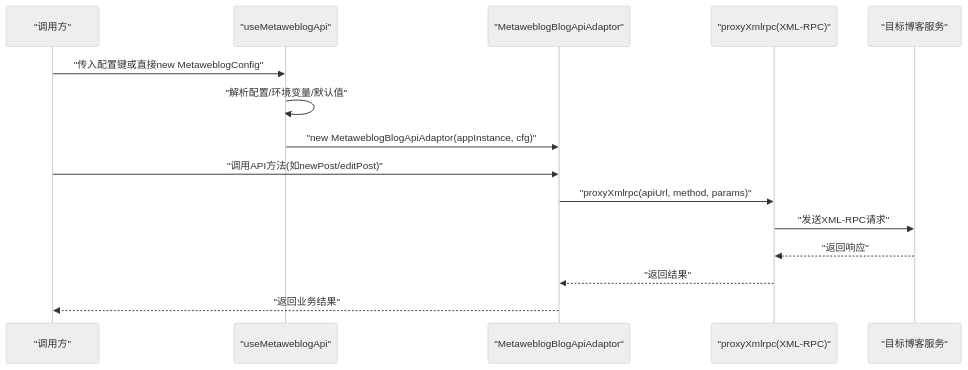
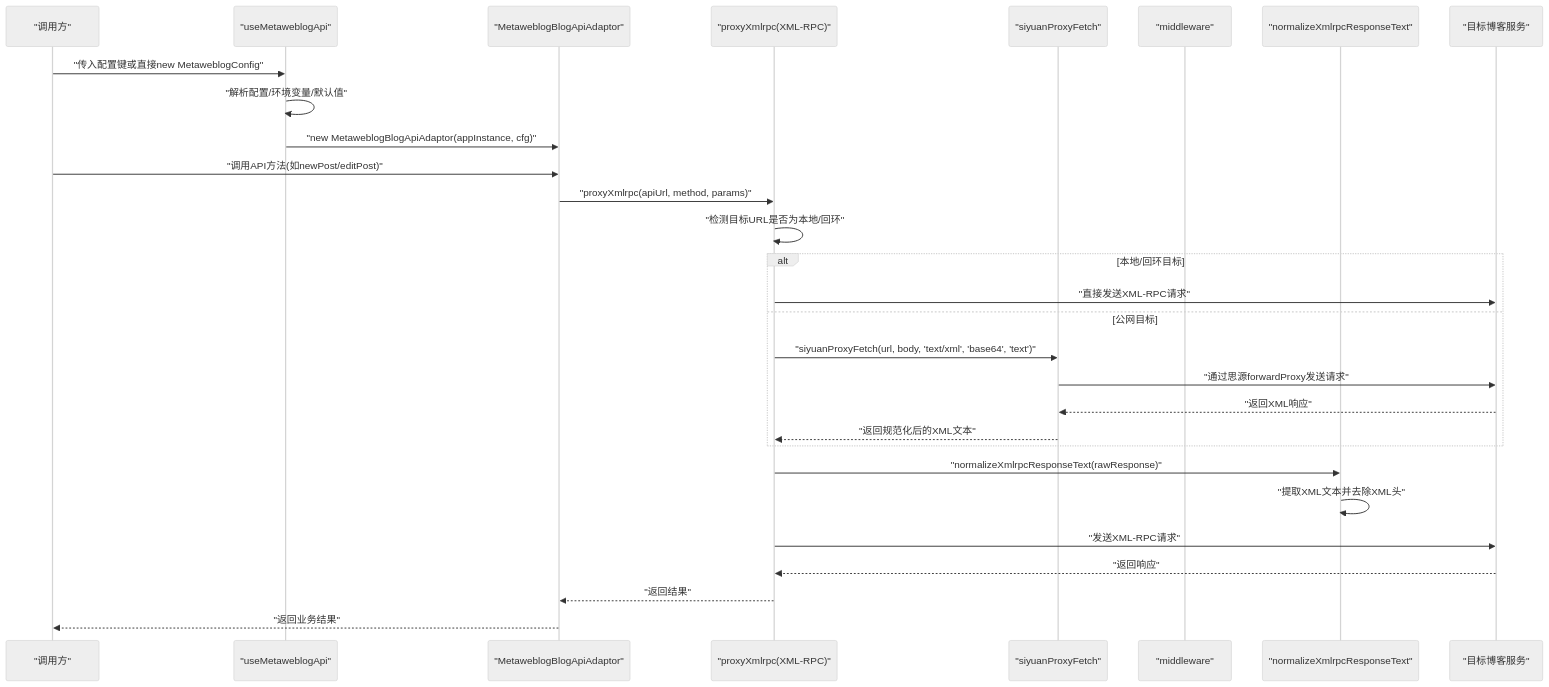
One commit to terwer/siyuan-plugin-publisher changed the second of 6 diagrams in .qoder/repowiki/zh/content/平台适配器系统/博客平台适配器/Metaweblog协议适配器.md. Above: the diagram before and after it, drawn with Mermaid (neutral theme). The commit also changed other lines of this file and 16 other files, not shown here.

First line of the commit message:
feat(metaweblog): enhance XML-RPC proxy and platform adapter system

````diff
--- a/.qoder/repowiki/zh/content/平台适配器系统/博客平台适配器/Metaweblog协议适配器.md
+++ b/.qoder/repowiki/zh/content/平台适配器系统/博客平台适配器/Metaweblog协议适配器.md
@@ -106,17 +125,31 @@
 ```mermaid
 sequenceDiagram
 participant Caller as "调用方"
 participant Hook as "useMetaweblogApi"
 participant Adapter as "MetaweblogBlogApiAdaptor"
 participant Proxy as "proxyXmlrpc(XML-RPC)"
+participant SiyuanProxy as "siyuanProxyFetch"
+participant Middleware as "middleware"
+participant XmlrpcUtil as "normalizeXmlrpcResponseText"
 participant Blog as "目标博客服务"
 Caller->>Hook : "传入配置键或直接new MetaweblogConfig"
 Hook->>Hook : "解析配置/环境变量/默认值"
 Hook->>Adapter : "new MetaweblogBlogApiAdaptor(appInstance, cfg)"
 Caller->>Adapter : "调用API方法(如newPost/editPost)"
 Adapter->>Proxy : "proxyXmlrpc(apiUrl, method, params)"
+Proxy->>Proxy : "检测目标URL是否为本地/回环"
+alt 本地/回环目标
+Proxy->>Blog : "直接发送XML-RPC请求"
+else 公网目标
+Proxy->>SiyuanProxy : "siyuanProxyFetch(url, body, 'text/xml', 'base64', 'text')"
+SiyuanProxy->>Blog : "通过思源forwardProxy发送请求"
+Blog-->>SiyuanProxy : "返回XML响应"
+SiyuanProxy-->>Proxy : "返回规范化后的XML文本"
+end
+Proxy->>XmlrpcUtil : "normalizeXmlrpcResponseText(rawResponse)"
+XmlrpcUtil->>XmlrpcUtil : "提取XML文本并去除XML头"
 Proxy->>Blog : "发送XML-RPC请求"
 Blog-->>Proxy : "返回响应"
 Proxy-->>Adapter : "返回结果"
 Adapter-->>Caller : "返回业务结果"
 ```
````
